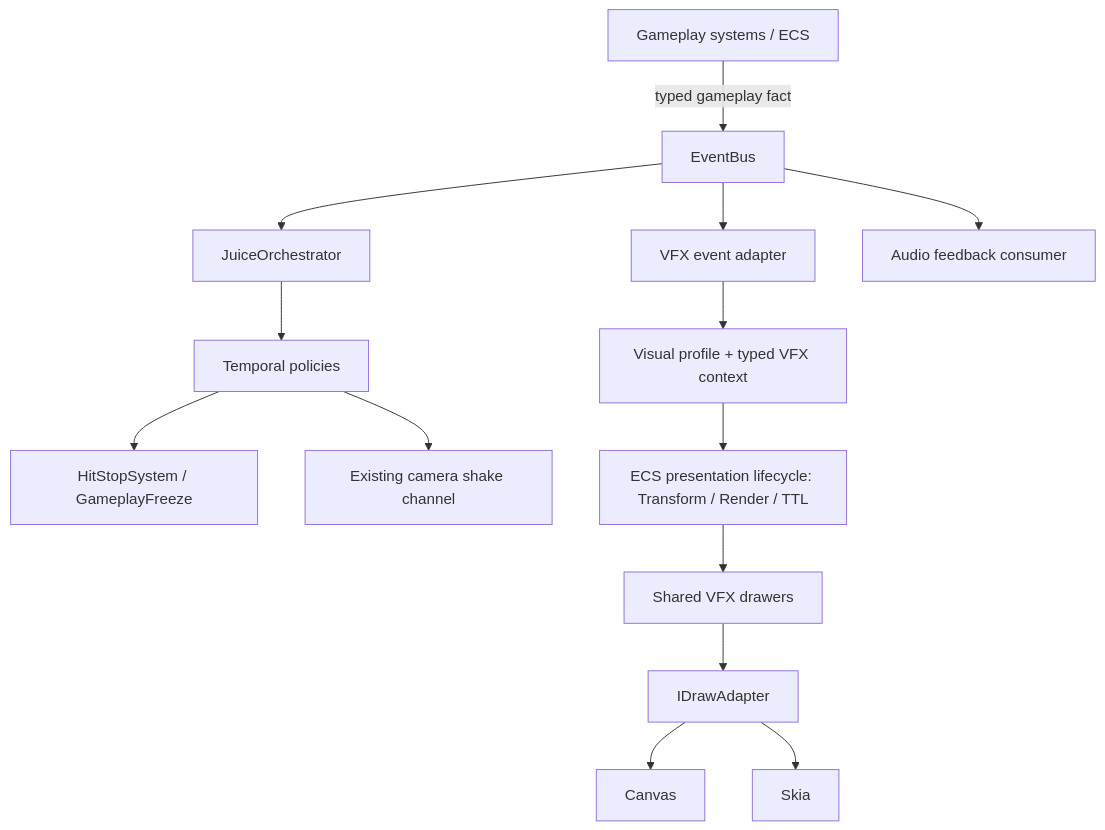
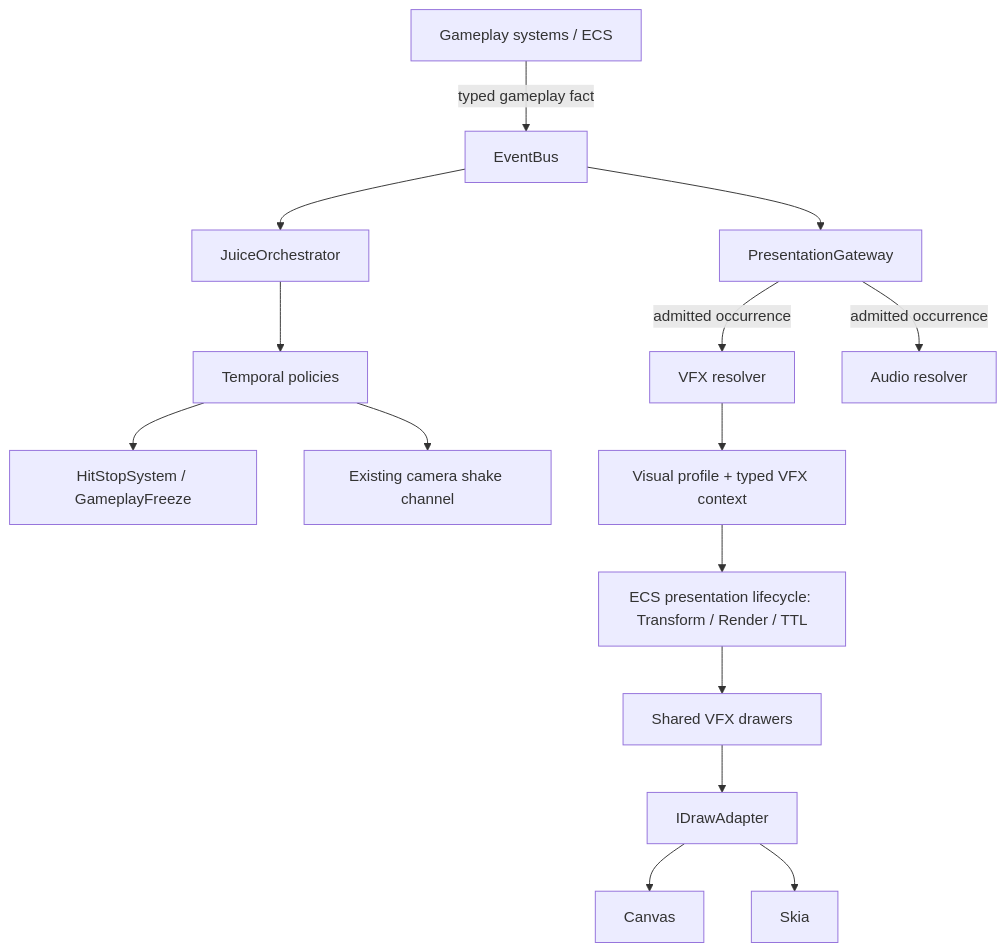
One commit to xavirodriguez/ArcadeGames changed the diagram in docs/architecture/GAME_FEEL_ARCHITECTURE.md. Above: the diagram before and after it, drawn with Mermaid. The commit also changed other lines of this file, not shown here.

Commit message:
docs(architecture): refine time policy and presentation admission

````diff
--- a/docs/architecture/GAME_FEEL_ARCHITECTURE.md
+++ b/docs/architecture/GAME_FEEL_ARCHITECTURE.md
@@ -23,16 +23,17 @@
 ```mermaid
 flowchart TD
     G[Gameplay systems / ECS] -->|typed gameplay fact| E[EventBus]
     E --> J[JuiceOrchestrator]
-    E --> V[VFX event adapter]
-    E --> AU[Audio feedback consumer]
+    E --> PG[PresentationGateway]
     J --> T[Temporal policies]
     T --> H[HitStopSystem / GameplayFreeze]
     T --> S[Existing camera shake channel]
+    PG -->|admitted occurrence| V[VFX resolver]
+    PG -->|admitted occurrence| AU[Audio resolver]
     V --> P[Visual profile + typed VFX context]
     P --> L[ECS presentation lifecycle: Transform / Render / TTL]
     L --> D[Shared VFX drawers]
     D --> A[IDrawAdapter]
     A --> C[Canvas]
     A --> K[Skia]
 ```
````
